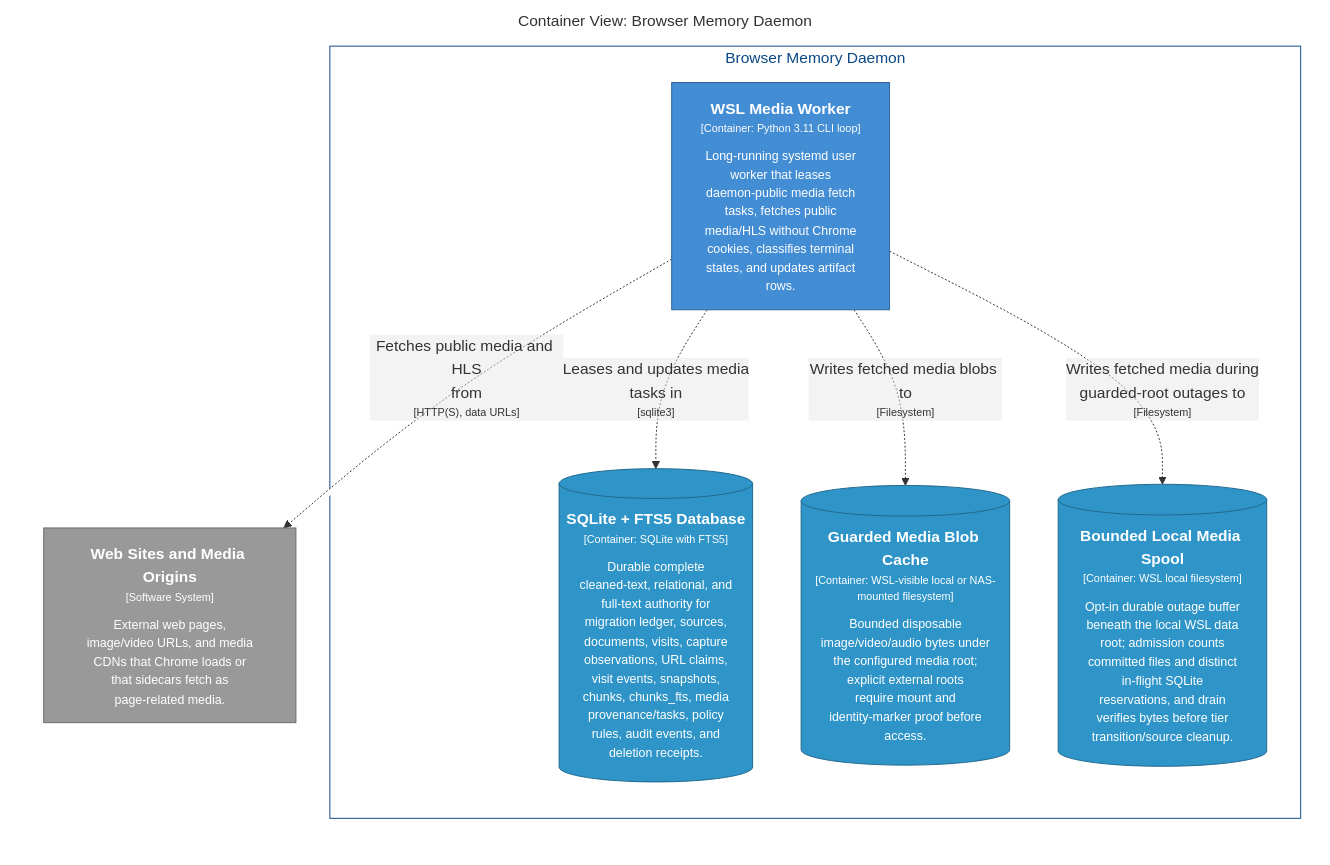
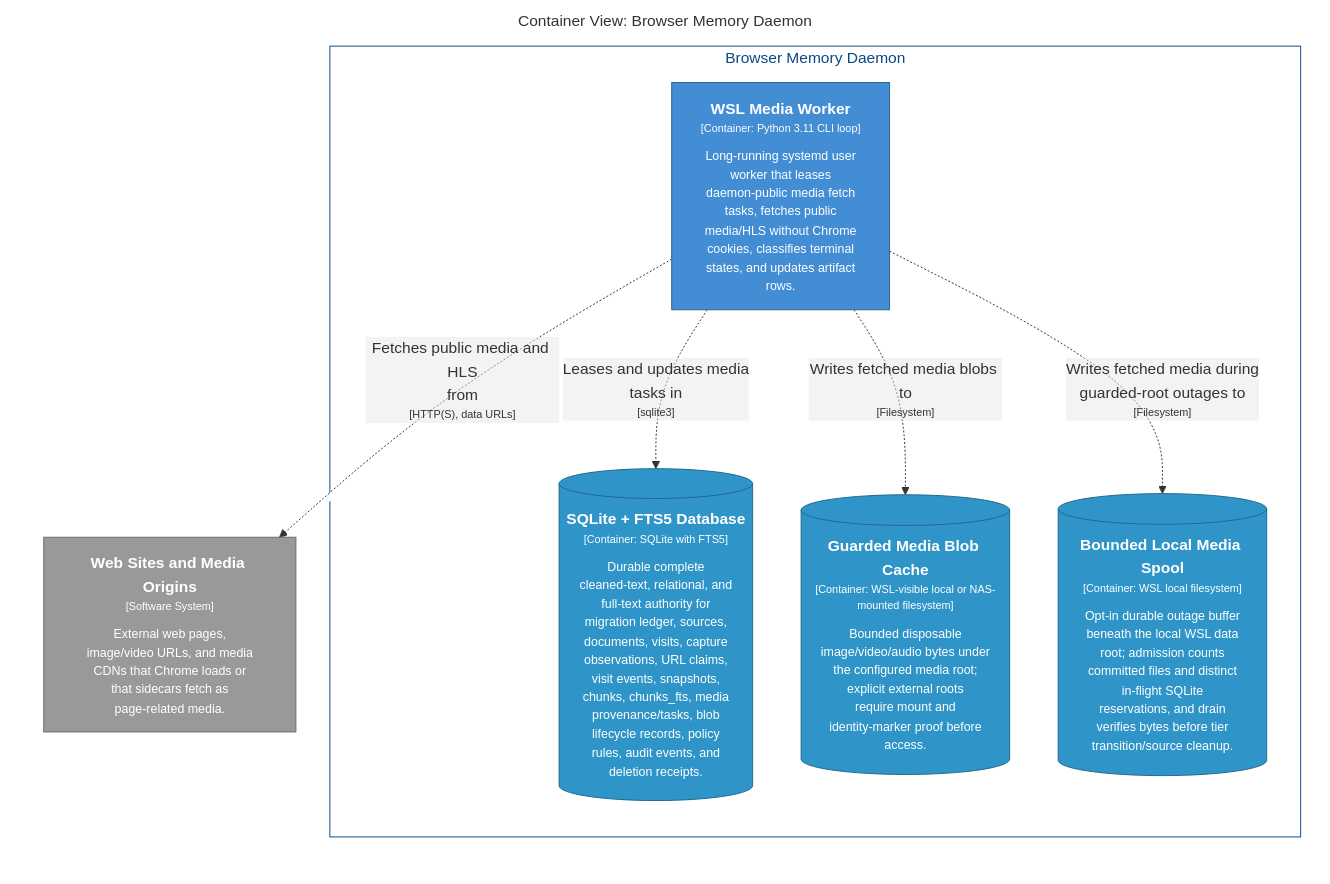
One commit to michaelnicks0/browser-memory-daemon changed the diagram in docs/architecture/diagrams/markdown/DaemonMediaWorkerContainers.md. Above: the diagram before and after it, drawn with Mermaid. The commit also changed 201 other files, not shown here.

````diff
--- a/docs/architecture/diagrams/markdown/DaemonMediaWorkerContainers.md
+++ b/docs/architecture/diagrams/markdown/DaemonMediaWorkerContainers.md
@@ -16,30 +16,30 @@
 ```mermaid
 graph LR
   linkStyle default fill:#ffffff
 
   subgraph diagram ["Container View: Browser Memory Daemon"]
     style diagram fill:#ffffff,stroke:#ffffff
 
     3["<div style='font-weight: bold'>Web Sites and Media Origins</div><div style='font-size: 70%; margin-top: 0px'>[Software System]</div><div style='font-size: 80%; margin-top:10px'>External web pages,<br />image/video URLs, and media<br />CDNs that Chrome loads or<br />that sidecars fetch as<br />page-related media.</div>"]
     style 3 fill:#999999,stroke:#6b6b6b,color:#ffffff
 
     subgraph 4 ["Browser Memory Daemon"]
       style 4 fill:#ffffff,stroke:#0b4884,color:#0b4884
 
-      26["<div style='font-weight: bold'>WSL Media Worker</div><div style='font-size: 70%; margin-top: 0px'>[Container: Python 3.11 CLI loop]</div><div style='font-size: 80%; margin-top:10px'>Long-running systemd user<br />worker that leases<br />daemon-public media fetch<br />tasks, fetches public<br />media/HLS without Chrome<br />cookies, classifies terminal<br />states, and updates artifact<br />rows.</div>"]
-      style 26 fill:#438dd5,stroke:#2e6295,color:#ffffff
-      29[("<div style='font-weight: bold'>SQLite + FTS5 Database</div><div style='font-size: 70%; margin-top: 0px'>[Container: SQLite with FTS5]</div><div style='font-size: 80%; margin-top:10px'>Durable complete<br />cleaned-text, relational, and<br />full-text authority for<br />migration ledger, sources,<br />documents, visits, capture<br />observations, URL claims,<br />visit events, snapshots,<br />chunks, chunks_fts, media<br />provenance/tasks, policy<br />rules, audit events, and<br />deletion receipts.</div>")]
-      style 29 fill:#2f95c8,stroke:#20688c,color:#ffffff
-      31[("<div style='font-weight: bold'>Guarded Media Blob Cache</div><div style='font-size: 70%; margin-top: 0px'>[Container: WSL-visible local or NAS-mounted filesystem]</div><div style='font-size: 80%; margin-top:10px'>Bounded disposable<br />image/video/audio bytes under<br />the configured media root;<br />explicit external roots<br />require mount and<br />identity-marker proof before<br />access.</div>")]
-      style 31 fill:#2f95c8,stroke:#20688c,color:#ffffff
-      32[("<div style='font-weight: bold'>Bounded Local Media Spool</div><div style='font-size: 70%; margin-top: 0px'>[Container: WSL local filesystem]</div><div style='font-size: 80%; margin-top:10px'>Opt-in durable outage buffer<br />beneath the local WSL data<br />root; admission counts<br />committed files and distinct<br />in-flight SQLite<br />reservations, and drain<br />verifies bytes before tier<br />transition/source cleanup.</div>")]
+      27["<div style='font-weight: bold'>WSL Media Worker</div><div style='font-size: 70%; margin-top: 0px'>[Container: Python 3.11 CLI loop]</div><div style='font-size: 80%; margin-top:10px'>Long-running systemd user<br />worker that leases<br />daemon-public media fetch<br />tasks, fetches public<br />media/HLS without Chrome<br />cookies, classifies terminal<br />states, and updates artifact<br />rows.</div>"]
+      style 27 fill:#438dd5,stroke:#2e6295,color:#ffffff
+      30[("<div style='font-weight: bold'>SQLite + FTS5 Database</div><div style='font-size: 70%; margin-top: 0px'>[Container: SQLite with FTS5]</div><div style='font-size: 80%; margin-top:10px'>Durable complete<br />cleaned-text, relational, and<br />full-text authority for<br />migration ledger, sources,<br />documents, visits, capture<br />observations, URL claims,<br />visit events, snapshots,<br />chunks, chunks_fts, media<br />provenance/tasks, blob<br />lifecycle records, policy<br />rules, audit events, and<br />deletion receipts.</div>")]
+      style 30 fill:#2f95c8,stroke:#20688c,color:#ffffff
+      32[("<div style='font-weight: bold'>Guarded Media Blob Cache</div><div style='font-size: 70%; margin-top: 0px'>[Container: WSL-visible local or NAS-mounted filesystem]</div><div style='font-size: 80%; margin-top:10px'>Bounded disposable<br />image/video/audio bytes under<br />the configured media root;<br />explicit external roots<br />require mount and<br />identity-marker proof before<br />access.</div>")]
       style 32 fill:#2f95c8,stroke:#20688c,color:#ffffff
+      33[("<div style='font-weight: bold'>Bounded Local Media Spool</div><div style='font-size: 70%; margin-top: 0px'>[Container: WSL local filesystem]</div><div style='font-size: 80%; margin-top:10px'>Opt-in durable outage buffer<br />beneath the local WSL data<br />root; admission counts<br />committed files and distinct<br />in-flight SQLite<br />reservations, and drain<br />verifies bytes before tier<br />transition/source cleanup.</div>")]
+      style 33 fill:#2f95c8,stroke:#20688c,color:#ffffff
     end
 
-    26-. "<div>Leases and updates media<br />tasks in</div><div style='font-size: 70%'>[sqlite3]</div>" .->29
-    26-. "<div>Fetches public media and HLS<br />from</div><div style='font-size: 70%'>[HTTP(S), data URLs]</div>" .->3
-    26-. "<div>Writes fetched media blobs to</div><div style='font-size: 70%'>[Filesystem]</div>" .->31
-    26-. "<div>Writes fetched media during<br />guarded-root outages to</div><div style='font-size: 70%'>[Filesystem]</div>" .->32
+    27-. "<div>Leases and updates media<br />tasks in</div><div style='font-size: 70%'>[sqlite3]</div>" .->30
+    27-. "<div>Fetches public media and HLS<br />from</div><div style='font-size: 70%'>[HTTP(S), data URLs]</div>" .->3
+    27-. "<div>Writes fetched media blobs to</div><div style='font-size: 70%'>[Filesystem]</div>" .->32
+    27-. "<div>Writes fetched media during<br />guarded-root outages to</div><div style='font-size: 70%'>[Filesystem]</div>" .->33
 
   end
 ```
````
